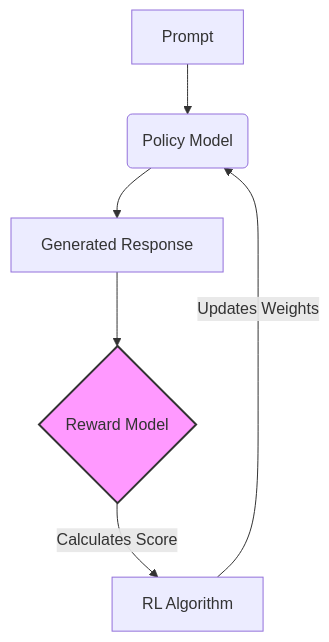
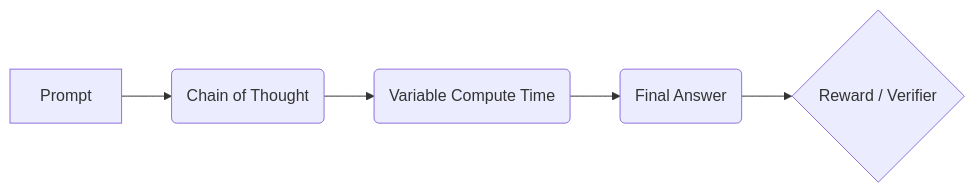
One commit to aryansi225/Learning_ai changed the sixth of 12 diagrams in AI Safety/CS2281.md. Above: the diagram before and after it, drawn with Mermaid. The commit also changed other lines of this file, not shown here.

````diff
--- a/AI Safety/CS2281.md
+++ b/AI Safety/CS2281.md
@@ -128,9 +141,7 @@
 ```mermaid
-graph TD
-    A[Prompt] --> B(Policy Model)
-    B --> C[Generated Response]
-    C --> D{Reward Model}
-    D -- Calculates Score --> E[RL Algorithm]
-    E -- Updates Weights --> B
-    style D fill:#f9f,stroke:#333,stroke-width:2px
+graph LR
+    A[Prompt] --> B(Chain of Thought)
+    B --> C(Variable Compute Time)
+    C --> D(Final Answer)
+    D --> E{Reward / Verifier}
 ```
````
